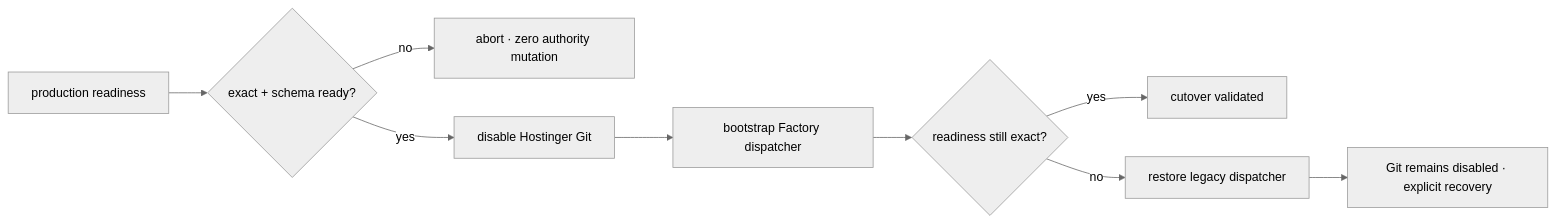
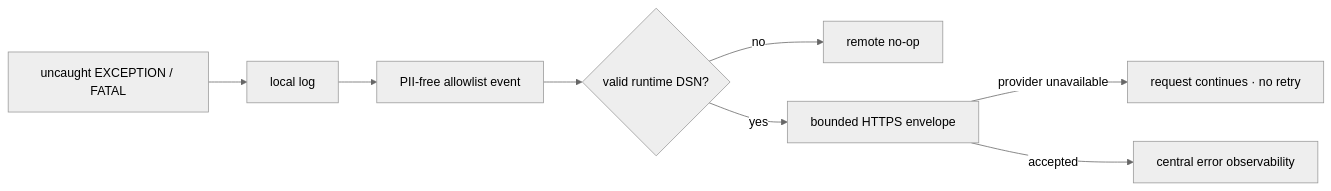
One commit to pl0n3r/brvtal changed the diagram in README.md. Above: the diagram before and after it, drawn with Mermaid (neutral theme). The commit also changed other lines of this file and 7 other files, not shown here.

First line of the commit message:
feat(observability): production errors in Sentry (v0.1.57) (#680)

````diff
--- a/README.md
+++ b/README.md
@@ -53,11 +53,10 @@
 ```mermaid
 flowchart LR
-  H["production readiness"] --> P{"exact + schema ready?"}
-  P -->|no| X["abort · zero authority mutation"]
-  P -->|yes| G["disable Hostinger Git"]
-  G --> B["bootstrap Factory dispatcher"]
-  B --> V{"readiness still exact?"}
-  V -->|yes| S["cutover validated"]
-  V -->|no| R["restore legacy dispatcher"]
-  R --> D["Git remains disabled · explicit recovery"]
+  E["uncaught EXCEPTION / FATAL"] --> L["local log"]
+  L --> A["PII-free allowlist event"]
+  A --> D{"valid runtime DSN?"}
+  D -->|no| N["remote no-op"]
+  D -->|yes| S["bounded HTTPS envelope"]
+  S -->|provider unavailable| K["request continues · no retry"]
+  S -->|accepted| O["central error observability"]
 ```
````
